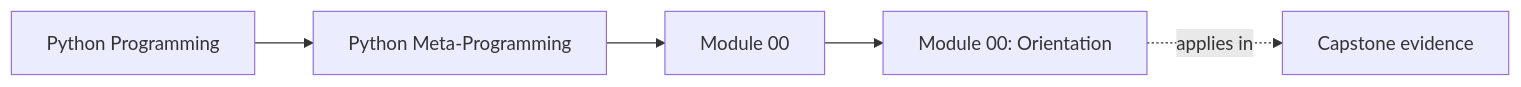
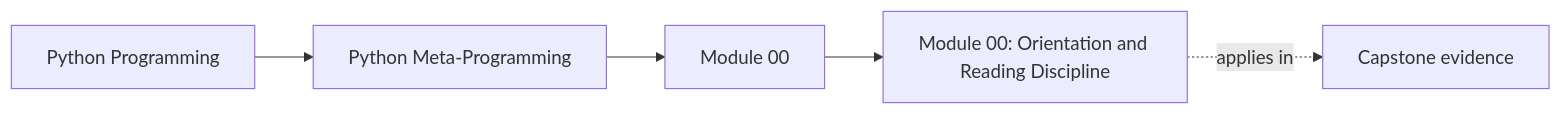
One commit to bijux/bijux-masterclass changed the first of 2 diagrams in programs/python-programming/python-meta-programming/course-book/module-00-orientation/index.md. Above: the diagram before and after it, drawn with Mermaid. The commit also changed other lines of this file and 11 other files, not shown here.

````diff
--- a/programs/python-programming/python-meta-programming/course-book/module-00-orientation/index.md
+++ b/programs/python-programming/python-meta-programming/course-book/module-00-orientation/index.md
@@ -7,11 +7,11 @@
 ```mermaid
 graph LR
   family["Python Programming"]
   program["Python Meta-Programming"]
   section["Module 00"]
-  page["Module 00: Orientation"]
+  page["Module 00: Orientation and Reading Discipline"]
   capstone["Capstone evidence"]
 
   family --> program --> section --> page
   page -.applies in.-> capstone
 ```
````
